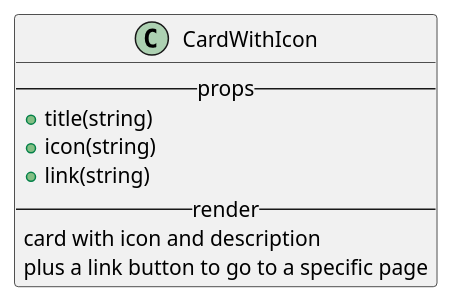
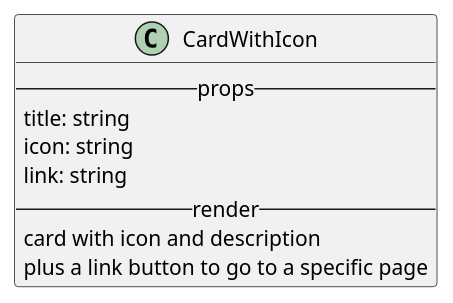
The diagram in react/custom/cardWithIcon.iuml (M9k/Marvin-Uml), drawn with PlantUML before and after one commit. The commit also changed 15 other files, not shown here.

```diff
--- a/react/custom/cardWithIcon.iuml
+++ b/react/custom/cardWithIcon.iuml
@@ -1,9 +1,9 @@
 class CardWithIcon{
     --props--
-        + title(string)
-        + icon(string)
-        + link(string)
+        title: string
+        icon: string
+        link: string
     --render--
         card with icon and description
         plus a link button to go to a specific page
 }
```
